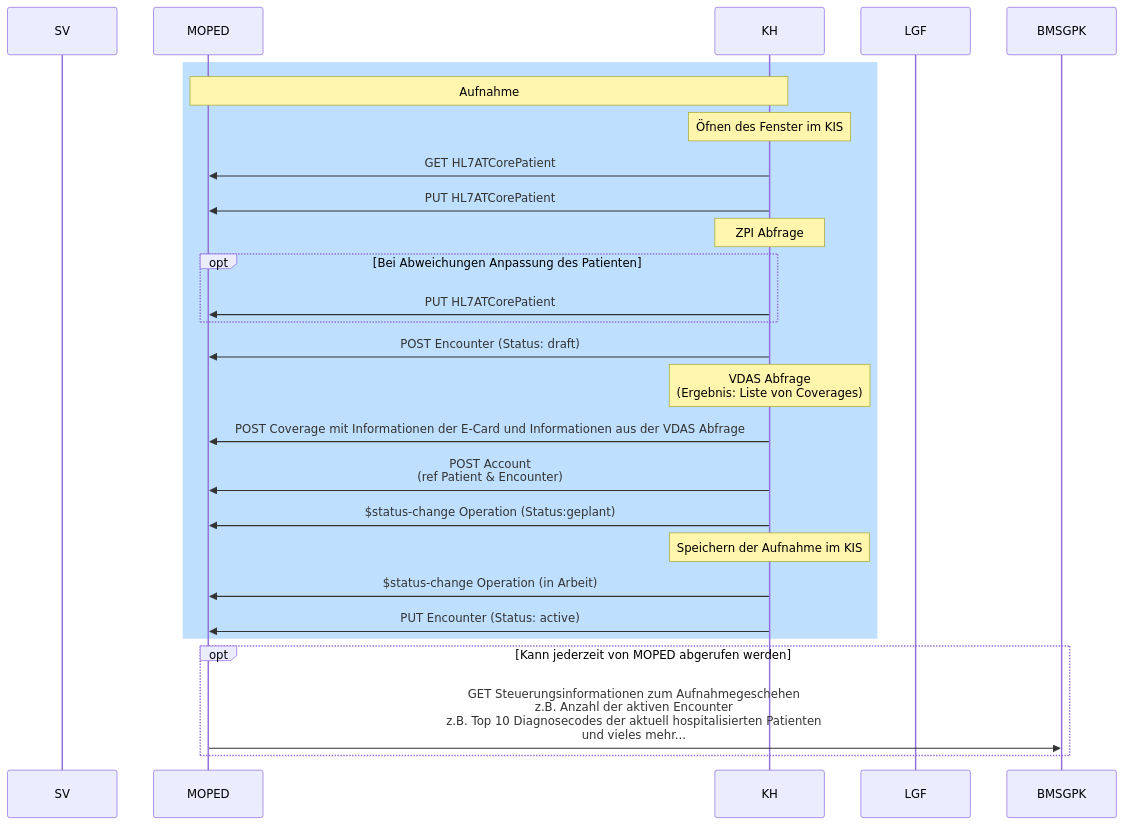
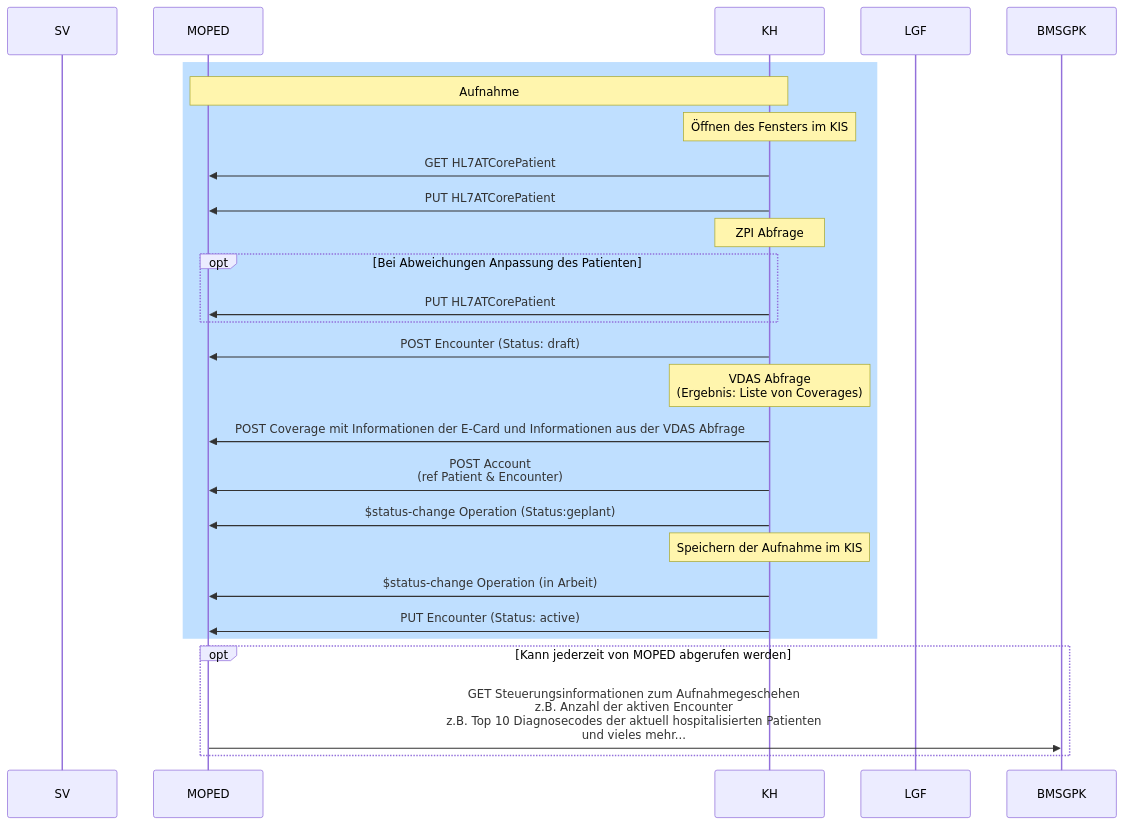
Before and after one commit to HL7Austria/hl7austria.github.io: the diagram in r5-ELGA-MOPED-main/aufnahme_seq.md, drawn with Mermaid. The commit also changed 297 other files, not shown here.

````diff
--- a/r5-ELGA-MOPED-main/aufnahme_seq.md
+++ b/r5-ELGA-MOPED-main/aufnahme_seq.md
@@ -1,37 +1,37 @@
 ```mermaid
 sequenceDiagram
     participant SV
     participant M as MOPED
     participant KH
     participant L as LGF
     participant B as BMSGPK
     
     
     rect rgb(191, 223, 255)
     Note over M,KH: Aufnahme
-    Note over KH: Öfnen des Fenster im KIS
+    Note over KH: Öffnen des Fensters im KIS
     KH->>M: GET HL7ATCorePatient
     KH->>M: PUT HL7ATCorePatient
     Note over KH: ZPI Abfrage
     opt Bei Abweichungen Anpassung des Patienten
     KH->>M: PUT HL7ATCorePatient
     end
     KH->>M: POST Encounter (Status: draft)
     Note over KH: VDAS Abfrage <br/>(Ergebnis: Liste von Coverages)
     %%Ergebnis der VDAS Abfrage teil des CoverageEligibilityRequest? -> Request dann nur relevant für Übernahme der Kosten???
     KH->>M: POST Coverage mit Informationen der E-Card und Informationen aus der VDAS Abfrage
     KH->>M: POST Account <br/>(ref Patient & Encounter)
     KH->>M: $status-change Operation (Status:geplant)
     Note over KH: Speichern der Aufnahme im KIS
 
     KH->>M: $status-change Operation (in Arbeit)
     KH->>M: PUT Encounter (Status: active)
     end
     opt Kann jederzeit von MOPED abgerufen werden
     M ->>B: GET Steuerungsinformationen zum Aufnahmegeschehen <br/>z.B. Anzahl der aktiven Encounter<br/>z.B. Top 10 Diagnosecodes der aktuell hospitalisierten Patienten<br/>und vieles mehr...
     end
    
     
     
     
 ```
````
